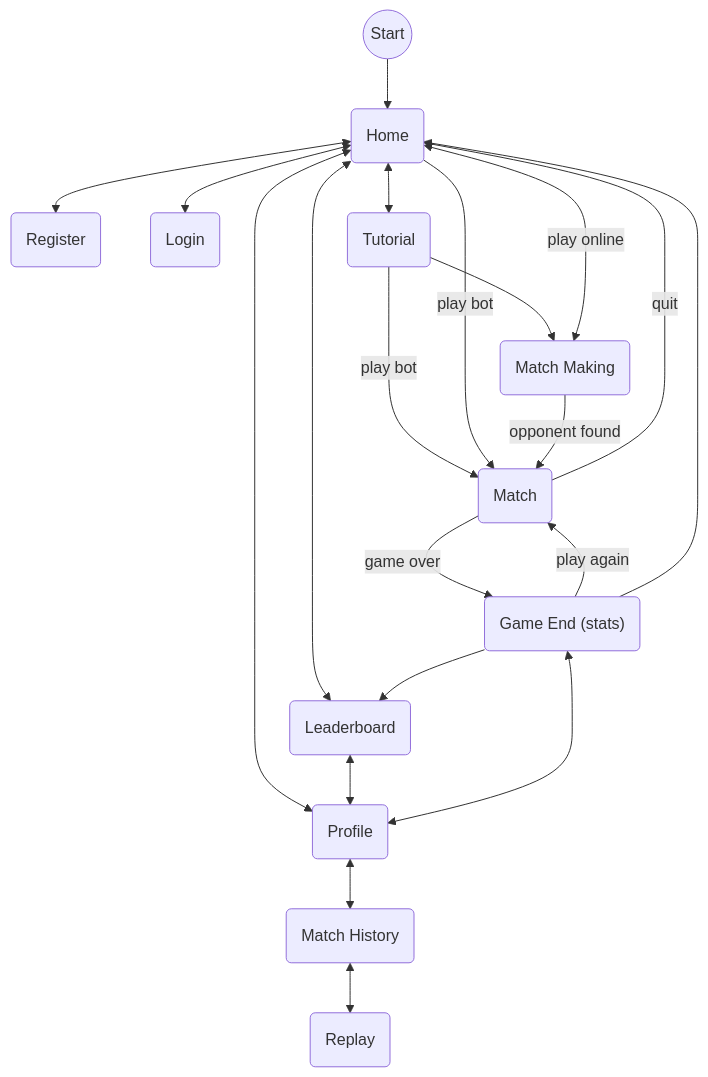
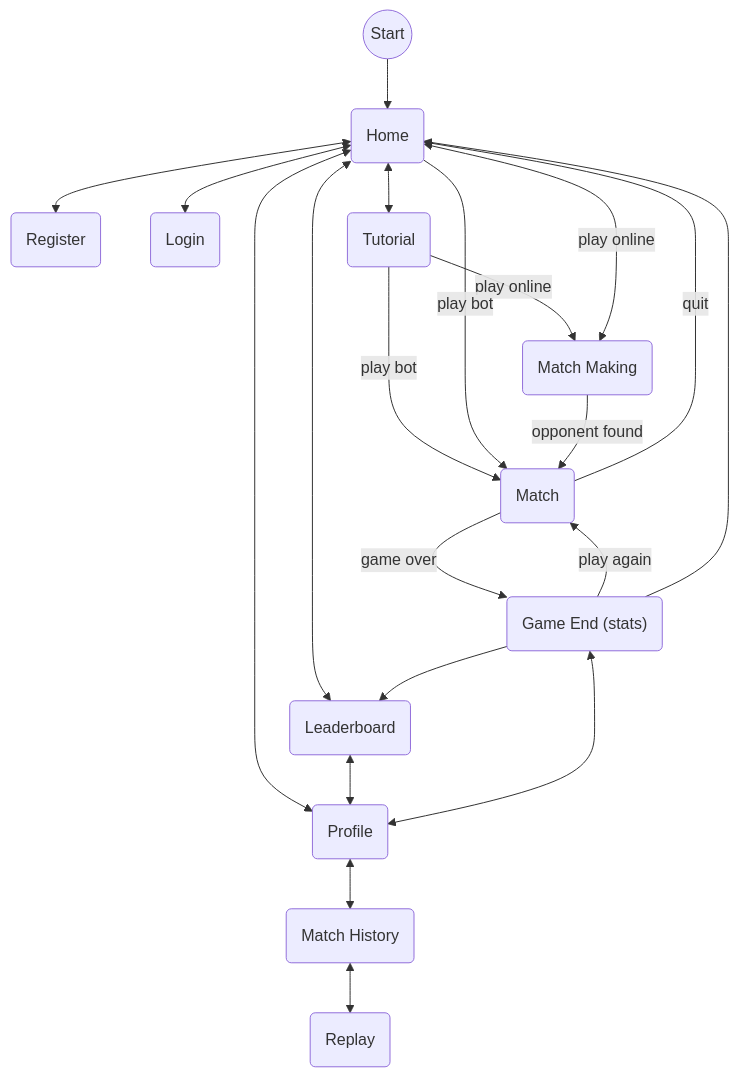
One commit to AndreaB2000/ASW-project changed the diagram in docs/uml/pages-flow.md. Above: the diagram before and after it, drawn with Mermaid. The commit also changed 1 other file, not shown here.

Commit message:
chore: correct typos in doc

````diff
--- a/docs/uml/pages-flow.md
+++ b/docs/uml/pages-flow.md
@@ -3,23 +3,23 @@
 ```mermaid
 flowchart TD
     A@{ shape: circle, label: "Start" } --> Home(Home)
     Home <--> Register(Register)
     Home <--> Login(Login)
     Home <--> Tutorial(Tutorial)
-    Tutorial --> MatchMaking
+    Tutorial -->|play online| MatchMaking
     Tutorial -->|play bot| Match
     Home <-->|play online| MatchMaking(Match Making)
     Home <--> Leaderboard(Leaderboard)
     Home -->|play bot| Match
     MatchMaking -->|opponent found| Match(Match)
     Match -->|quit| Home
     Match -->|game over| GameEnd("Game End (stats)")
     GameEnd -->|play again| Match
     GameEnd --> Home
     GameEnd --> Leaderboard
     Home <--> Profile(Profile)
     Leaderboard <--> Profile
     GameEnd <--> Profile
     Profile <--> MatchHistory(Match History)
     MatchHistory <--> Replay(Replay)
 ```
````
